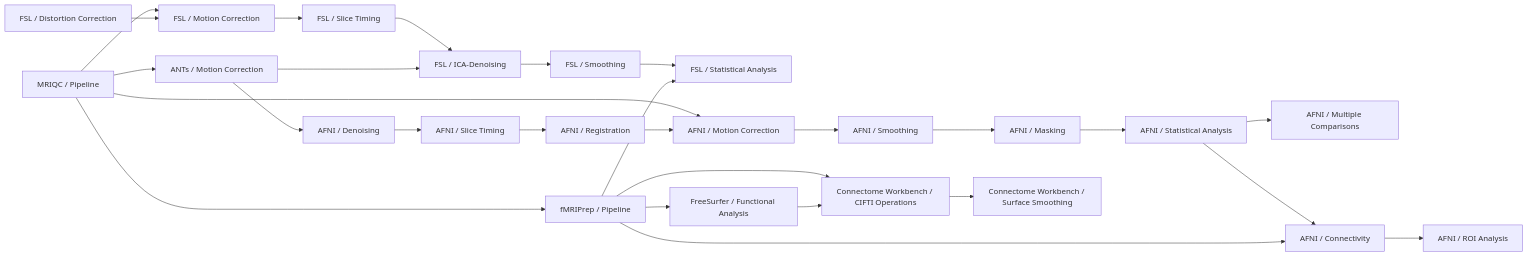
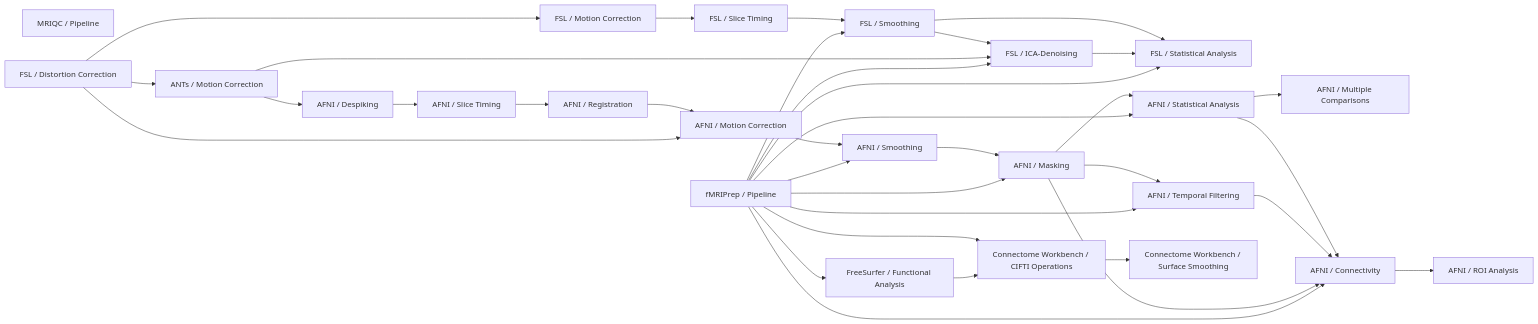
The diagram in utils/fmri_tests/connects/fmri_subsection_graph.mmd (KunaalAgarwal/fMRIbuild), drawn with Mermaid before and after one commit. The commit also changed 51 other files, not shown here.

```diff
--- a/utils/fmri_tests/connects/fmri_subsection_graph.mmd
+++ b/utils/fmri_tests/connects/fmri_subsection_graph.mmd
@@ -1,58 +1,75 @@
 flowchart LR
   MRIQC["MRIQC / Pipeline"]
   FMRIPREP["fMRIPrep / Pipeline"]
 
   FSL_DC["FSL / Distortion Correction"]
   FSL_MC["FSL / Motion Correction"]
   FSL_ST["FSL / Slice Timing"]
   FSL_ICA["FSL / ICA-Denoising"]
   FSL_SM["FSL / Smoothing"]
   FSL_STAT["FSL / Statistical Analysis"]
 
-  AFNI_DEN["AFNI / Denoising"]
+  AFNI_DESP["AFNI / Despiking"]
+  AFNI_TEMPFILT["AFNI / Temporal Filtering"]
   AFNI_ST["AFNI / Slice Timing"]
   AFNI_REG["AFNI / Registration"]
   AFNI_MC["AFNI / Motion Correction"]
   AFNI_SM["AFNI / Smoothing"]
   AFNI_MASK["AFNI / Masking"]
   AFNI_STAT["AFNI / Statistical Analysis"]
   AFNI_MCMP["AFNI / Multiple Comparisons"]
   AFNI_CONN["AFNI / Connectivity"]
   AFNI_ROI["AFNI / ROI Analysis"]
 
   ANTS_MC["ANTs / Motion Correction"]
   FS_FUNC["FreeSurfer / Functional Analysis"]
   WB_CIFTI["Connectome Workbench / CIFTI Operations"]
   WB_SURF["Connectome Workbench / Surface Smoothing"]
 
-  MRIQC --> FMRIPREP
-  MRIQC --> FSL_MC
-  MRIQC --> AFNI_MC
-  MRIQC --> ANTS_MC
+  %% MRIQC is a QC-only tool (reports/metrics, no image output) — kept as isolated node
 
+  %% FSL pipeline
   FSL_DC --> FSL_MC
   FSL_MC --> FSL_ST
-  FSL_ST --> FSL_ICA
-  FSL_ICA --> FSL_SM
+  FSL_ST --> FSL_SM
+  FSL_SM --> FSL_ICA
   FSL_SM --> FSL_STAT
+  FSL_ICA --> FSL_STAT
 
-  AFNI_DEN --> AFNI_ST
+  %% AFNI pipeline (afni_proc.py block order: despike, tshift, align, volreg, blur, mask, scale, regress)
+  AFNI_DESP --> AFNI_ST
   AFNI_ST --> AFNI_REG
   AFNI_REG --> AFNI_MC
   AFNI_MC --> AFNI_SM
   AFNI_SM --> AFNI_MASK
   AFNI_MASK --> AFNI_STAT
+  AFNI_MASK --> AFNI_TEMPFILT
   AFNI_STAT --> AFNI_MCMP
   AFNI_STAT --> AFNI_CONN
+  AFNI_TEMPFILT --> AFNI_CONN
   AFNI_CONN --> AFNI_ROI
+  AFNI_MASK --> AFNI_CONN
 
+  %% Cross-library motion correction handoffs
   ANTS_MC --> FSL_ICA
-  ANTS_MC --> AFNI_DEN
+  ANTS_MC --> AFNI_DESP
 
+  %% Distortion correction cross-library
+  FSL_DC --> AFNI_MC
+  FSL_DC --> ANTS_MC
+
+  %% fMRIPrep downstream edges
   FMRIPREP --> FSL_STAT
+  FMRIPREP --> FSL_SM
+  FMRIPREP --> FSL_ICA
+  FMRIPREP --> AFNI_SM
+  FMRIPREP --> AFNI_MASK
+  FMRIPREP --> AFNI_TEMPFILT
+  FMRIPREP --> AFNI_STAT
   FMRIPREP --> AFNI_CONN
   FMRIPREP --> FS_FUNC
   FMRIPREP --> WB_CIFTI
 
+  %% FreeSurfer / Connectome Workbench
   FS_FUNC --> WB_CIFTI
   WB_CIFTI --> WB_SURF
```
